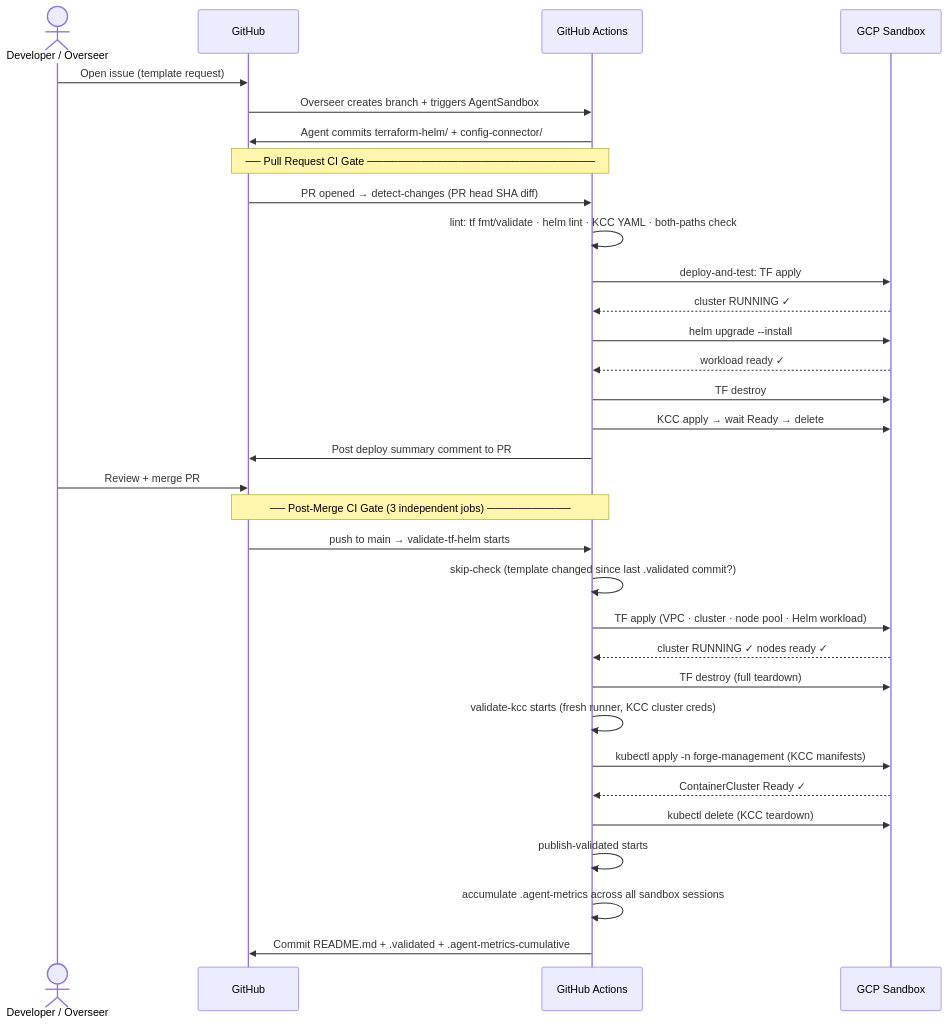
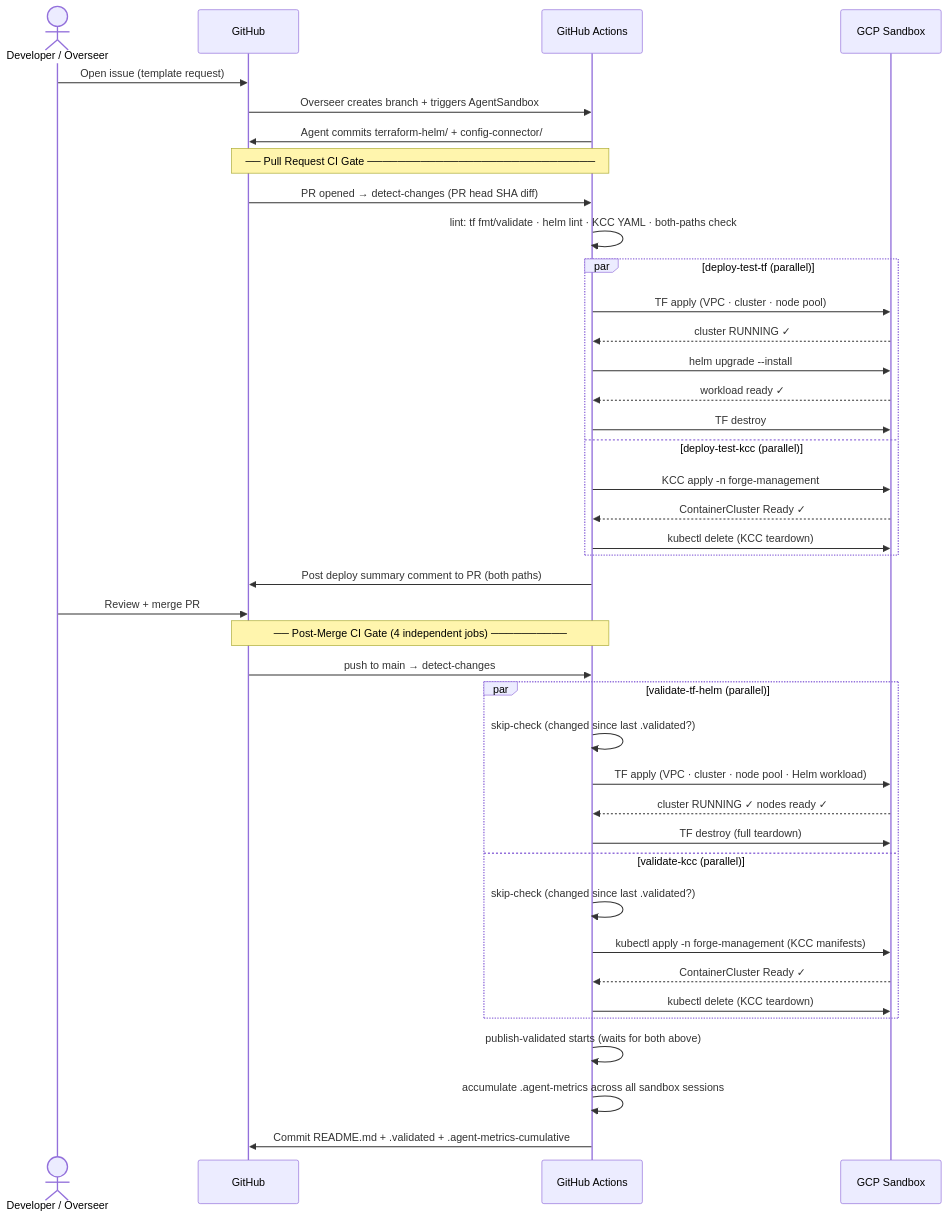
The third of 3 diagrams in README.md (fkc1e100/gcp-template-forge), drawn with Mermaid before and after one commit. The commit also changed other lines of this file, not shown here.

Commit message:
docs(readme): update CI job dependency graph to reflect parallel jobs
Four corrections to the CI Pipeline section:

1. Architecture diagram: PR edges updated from "lint + deploy-and-test"
   to "lint → deploy-test-tf" and "lint → deploy-test-kcc"; main edges
   updated from "validate-and-publish" to "validate-tf-helm ∥ validate-kcc"

2. Repository layout: workflow comment updated to reflect two separate
   deploy jobs (deploy-test-tf ∥ deploy-test-kcc) replacing deploy-and-test

3. Job dependency flowchart:
   - Split DAT into DTTF (deploy-test-tf) and DTKCC (deploy-test-kcc),
     both fed by L (lint), running in parallel
   - Fixed push flow: VTH and VKCC both need DC only (parallel), and both
     feed PUB — was incorrectly shown as VTH → VKCC → PUB (sequential)
   - Updated note: correctly states both PR and push jobs run in parallel,
     name collisions avoided by -tf/-kcc suffix convention

4. Sequence diagram: replaced single deploy-and-test block with proper
   mermaid par/and/end blocks showing the two parallel PR jobs; similarly
   updated post-merge sequence to show validate-tf-helm ∥ validate-kcc
   running in parallel before publish-validated

````diff
--- a/README.md
+++ b/README.md
@@ -114,37 +117,45 @@
 ```mermaid
 sequenceDiagram
     actor Dev as Developer / Overseer
     participant GH as GitHub
     participant CI as GitHub Actions
     participant GCP as GCP Sandbox
 
     Dev->>GH: Open issue (template request)
     GH->>CI: Overseer creates branch + triggers AgentSandbox
     CI->>GH: Agent commits terraform-helm/ + config-connector/
 
     Note over GH,CI: ── Pull Request CI Gate ──────────────────────────────
     GH->>CI: PR opened → detect-changes (PR head SHA diff)
     CI->>CI: lint: tf fmt/validate · helm lint · KCC YAML · both-paths check
-    CI->>GCP: deploy-and-test: TF apply
-    GCP-->>CI: cluster RUNNING ✓
-    CI->>GCP: helm upgrade --install
-    GCP-->>CI: workload ready ✓
-    CI->>GCP: TF destroy
-    CI->>GCP: KCC apply → wait Ready → delete
-    CI->>GH: Post deploy summary comment to PR
+    par deploy-test-tf (parallel)
+        CI->>GCP: TF apply (VPC · cluster · node pool)
+        GCP-->>CI: cluster RUNNING ✓
+        CI->>GCP: helm upgrade --install
+        GCP-->>CI: workload ready ✓
+        CI->>GCP: TF destroy
+    and deploy-test-kcc (parallel)
+        CI->>GCP: KCC apply -n forge-management
+        GCP-->>CI: ContainerCluster Ready ✓
+        CI->>GCP: kubectl delete (KCC teardown)
+    end
+    CI->>GH: Post deploy summary comment to PR (both paths)
     Dev->>GH: Review + merge PR
 
-    Note over GH,CI: ── Post-Merge CI Gate (3 independent jobs) ───────────
-    GH->>CI: push to main → validate-tf-helm starts
-    CI->>CI: skip-check (template changed since last .validated commit?)
-    CI->>GCP: TF apply (VPC · cluster · node pool · Helm workload)
-    GCP-->>CI: cluster RUNNING ✓  nodes ready ✓
-    CI->>GCP: TF destroy (full teardown)
-    CI->>CI: validate-kcc starts (fresh runner, KCC cluster creds)
-    CI->>GCP: kubectl apply -n forge-management (KCC manifests)
-    GCP-->>CI: ContainerCluster Ready ✓
-    CI->>GCP: kubectl delete (KCC teardown)
-    CI->>CI: publish-validated starts
+    Note over GH,CI: ── Post-Merge CI Gate (4 independent jobs) ──────────
+    GH->>CI: push to main → detect-changes
+    par validate-tf-helm (parallel)
+        CI->>CI: skip-check (changed since last .validated?)
+        CI->>GCP: TF apply (VPC · cluster · node pool · Helm workload)
+        GCP-->>CI: cluster RUNNING ✓  nodes ready ✓
+        CI->>GCP: TF destroy (full teardown)
+    and validate-kcc (parallel)
+        CI->>CI: skip-check (changed since last .validated?)
+        CI->>GCP: kubectl apply -n forge-management (KCC manifests)
+        GCP-->>CI: ContainerCluster Ready ✓
+        CI->>GCP: kubectl delete (KCC teardown)
+    end
+    CI->>CI: publish-validated starts (waits for both above)
     CI->>CI: accumulate .agent-metrics across all sandbox sessions
     CI->>GH: Commit README.md + .validated + .agent-metrics-cumulative
 ```
````
